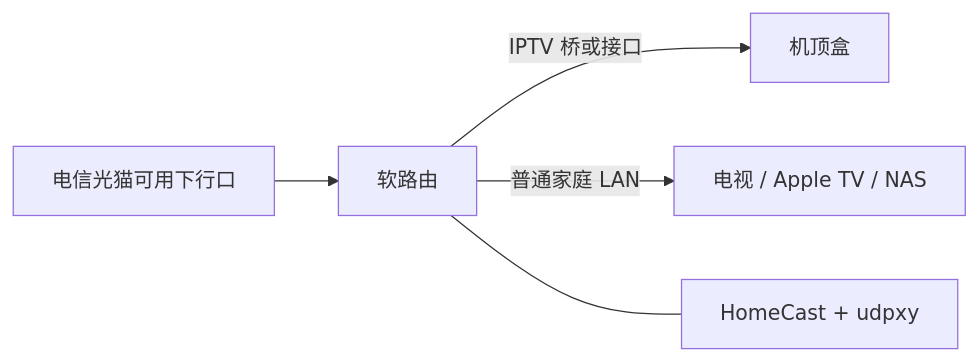
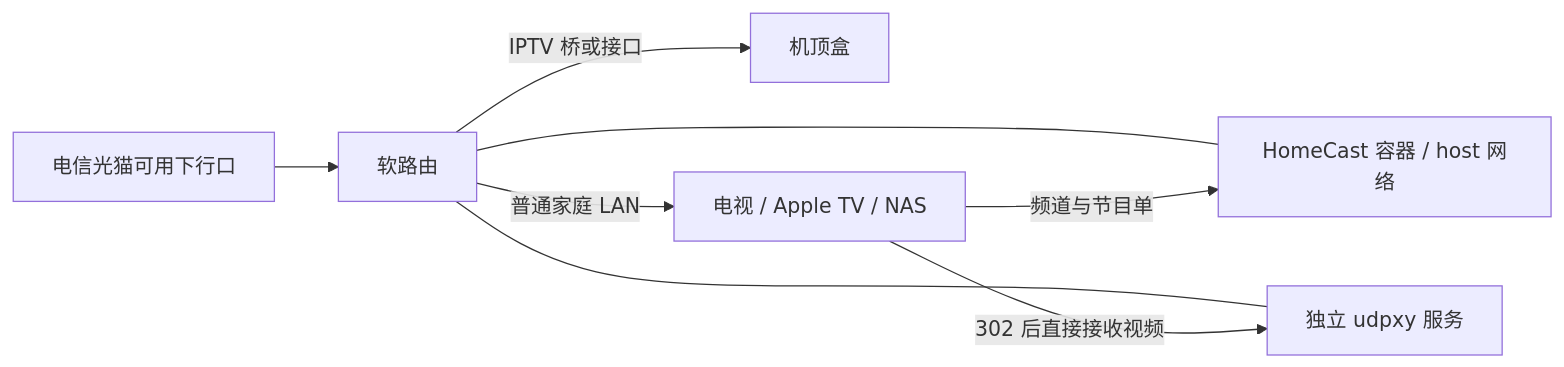
One commit to holyful/shanghai-telecom-iptv changed the first of 2 diagrams in docs/network.md. Above: the diagram before and after it, drawn with Mermaid. The commit also changed other lines of this file and 30 other files, not shown here.

````diff
--- a/docs/network.md
+++ b/docs/network.md
@@ -7,7 +7,10 @@
 ```mermaid
 flowchart LR
   ONT[电信光猫可用下行口] --> ROUTER[软路由]
   ROUTER -->|IPTV 桥或接口| STB[机顶盒]
   ROUTER -->|普通家庭 LAN| CLIENT[电视 / Apple TV / NAS]
-  ROUTER --- APP[HomeCast + udpxy]
+  ROUTER --- APP[HomeCast 容器 / host 网络]
+  ROUTER --- UDP[独立 udpxy 服务]
+  CLIENT -->|频道与节目单| APP
+  CLIENT -->|302 后直接接收视频| UDP
 ```
````
